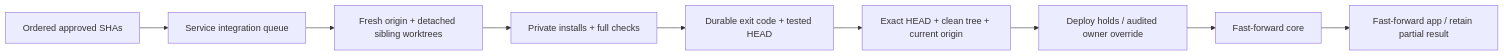
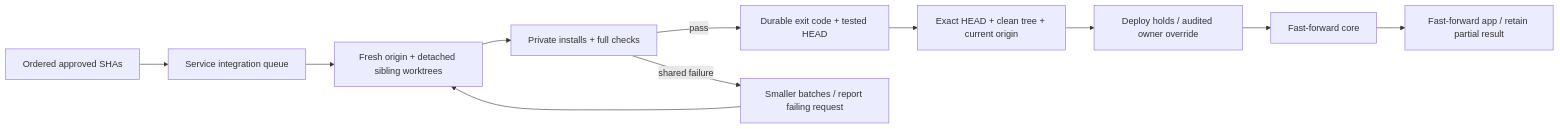
Before and after one commit to Volpestyle/clankie: the second of 2 diagrams in docs/architecture.md, drawn with Mermaid. The commit also changed other lines of this file and 23 other files, not shown here.

````diff
--- a/docs/architecture.md
+++ b/docs/architecture.md
@@ -72,11 +76,13 @@
 ```mermaid
 flowchart LR
   Approvals["Ordered approved SHAs"] --> Queue["Service integration queue"]
   Queue --> Compose["Fresh origin + detached sibling worktrees"]
   Compose --> Gate["Private installs + full checks"]
-  Gate --> Record["Durable exit code + tested HEAD"]
+  Gate -->|pass| Record["Durable exit code + tested HEAD"]
+  Gate -->|shared failure| Split["Smaller batches / report failing request"]
+  Split --> Compose
   Record --> Verify["Exact HEAD + clean tree + current origin"]
   Verify --> Hold["Deploy holds / audited owner override"]
   Hold --> Core["Fast-forward core"]
   Core --> App["Fast-forward app / retain partial result"]
 ```
````
